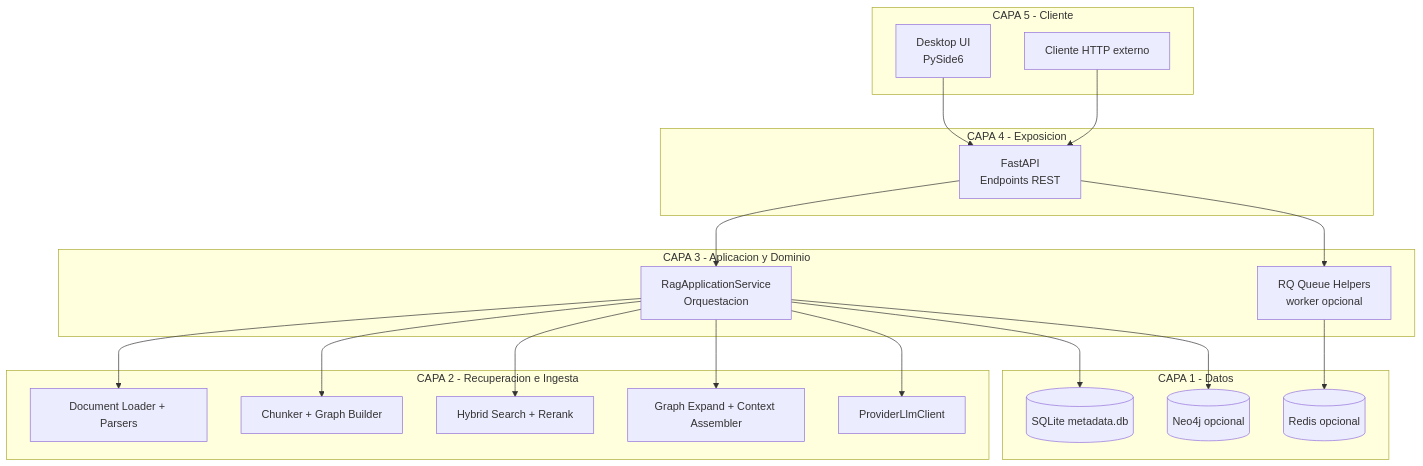
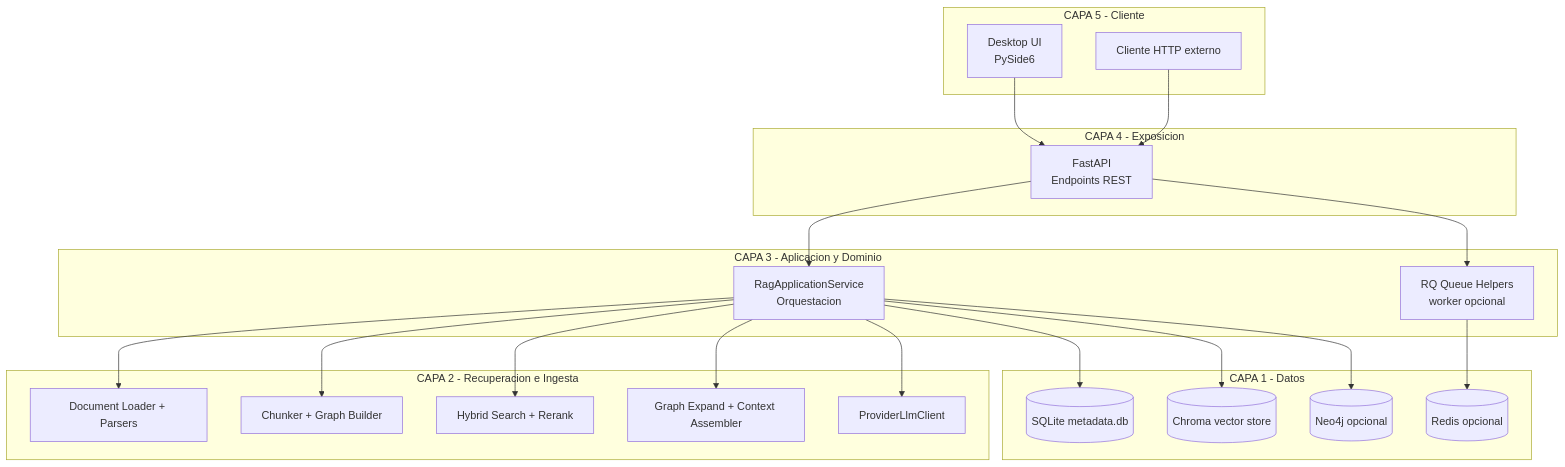
One commit to gherrerz/KDB-RAG-Docs changed the first of 4 diagrams in docs/ARCHITECTURE.md. Above: the diagram before and after it, drawn with Mermaid. The commit also changed other lines of this file and 19 other files, not shown here.

````diff
--- a/docs/ARCHITECTURE.md
+++ b/docs/ARCHITECTURE.md
@@ -44,43 +44,45 @@
 ```mermaid
 flowchart TB
     subgraph L5[CAPA 5 - Cliente]
         UI[Desktop UI\nPySide6]
         APIClient[Cliente HTTP externo]
     end
 
     subgraph L4[CAPA 4 - Exposicion]
         FastAPI[FastAPI\nEndpoints REST]
     end
 
     subgraph L3[CAPA 3 - Aplicacion y Dominio]
         Service[RagApplicationService\nOrquestacion]
         Jobs[RQ Queue Helpers\nworker opcional]
     end
 
     subgraph L2[CAPA 2 - Recuperacion e Ingesta]
         Loader[Document Loader + Parsers]
         Chunker[Chunker + Graph Builder]
         Retrieval[Hybrid Search + Rerank]
         GraphExpand[Graph Expand + Context Assembler]
         LLM[ProviderLlmClient]
     end
 
     subgraph L1[CAPA 1 - Datos]
         SQLite[(SQLite metadata.db)]
+      Chroma[(Chroma vector store)]
         Neo4j[(Neo4j opcional)]
         Redis[(Redis opcional)]
     end
 
     UI --> FastAPI
     APIClient --> FastAPI
     FastAPI --> Service
     Service --> Loader
     Service --> Chunker
     Service --> Retrieval
     Service --> GraphExpand
     Service --> LLM
     Service --> SQLite
+    Service --> Chroma
     Service --> Neo4j
     Jobs --> Redis
     FastAPI --> Jobs
 ```
````
